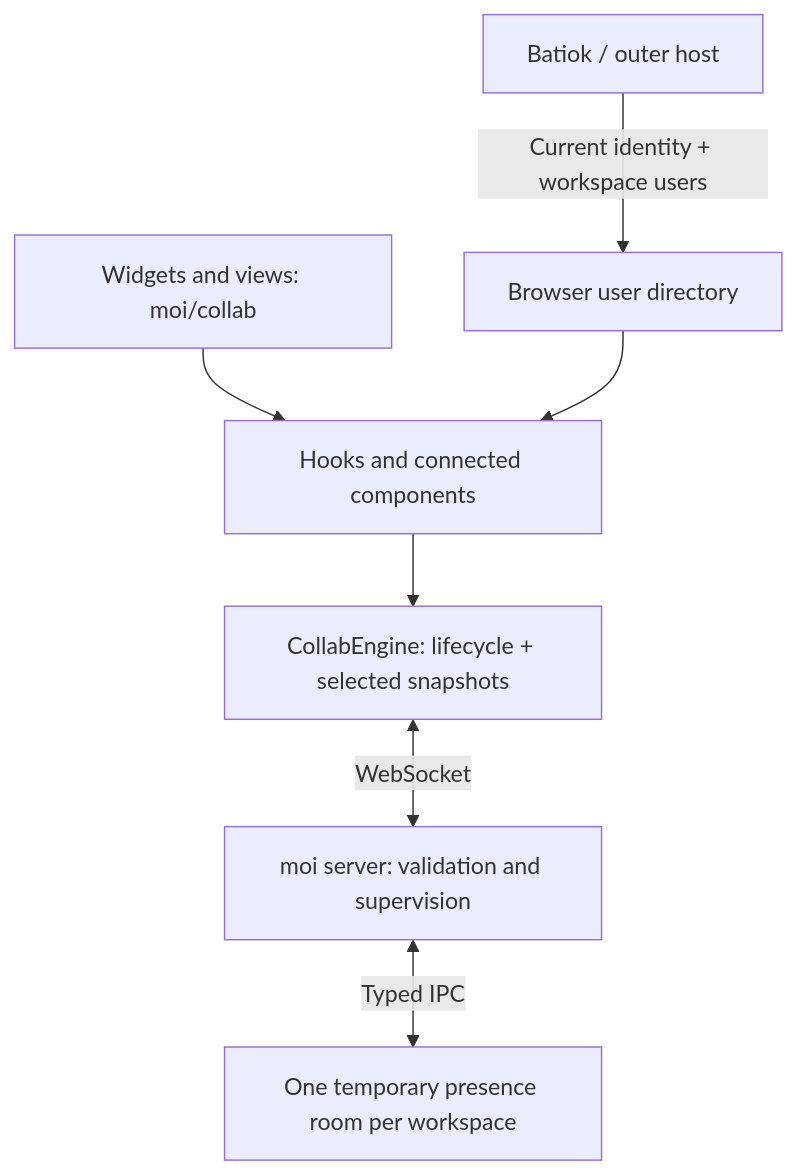
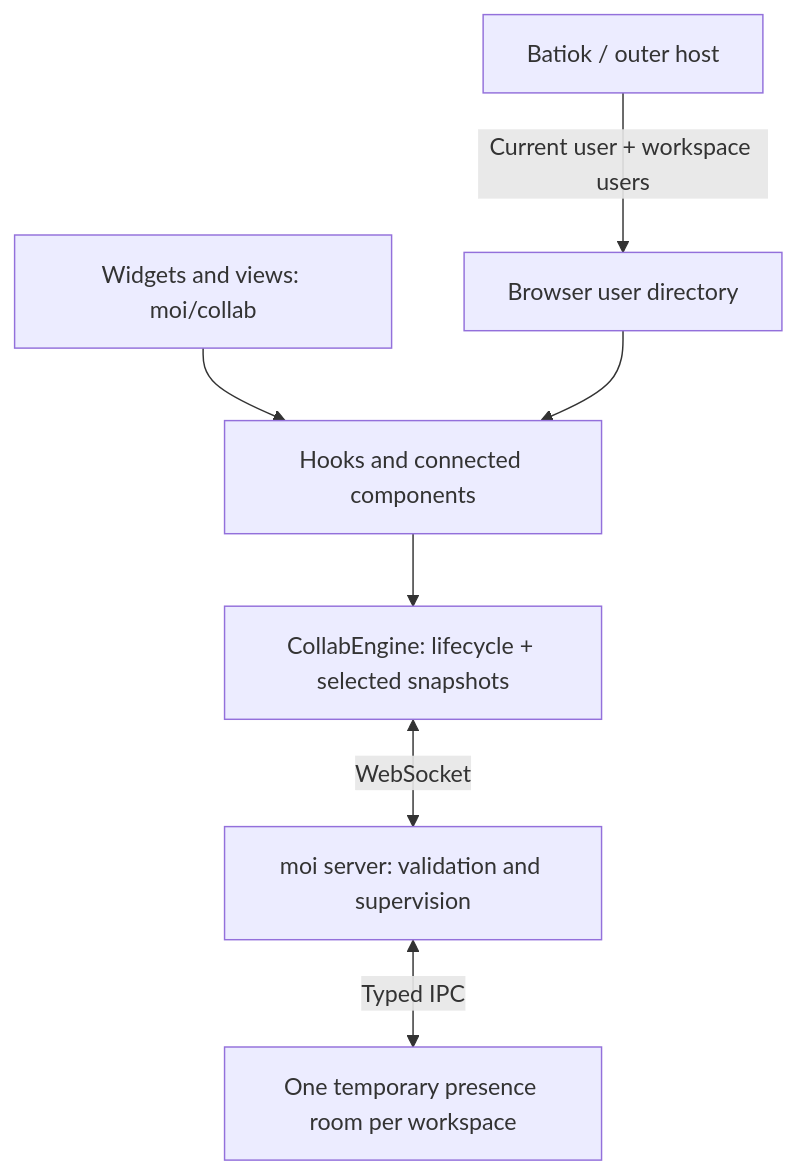
The diagram in docs/rfc-collab.md (molefrog/moi), drawn with Mermaid before and after one commit. The commit also changed other lines of this file and 83 other files, not shown here.

````diff
--- a/docs/rfc-collab.md
+++ b/docs/rfc-collab.md
@@ -15,9 +15,9 @@
 ```mermaid
 flowchart TB
-  Host["Batiok / outer host"] -->|"Current identity + workspace users"| Directory["Browser user directory"]
+  Host["Batiok / outer host"] -->|"Current user + workspace users"| Directory["Browser user directory"]
   Applets["Widgets and views: moi/collab"] --> Hooks["Hooks and connected components"]
   Directory --> Hooks
   Hooks --> Engine["CollabEngine: lifecycle + selected snapshots"]
   Engine <-->|WebSocket| Main["moi server: validation and supervision"]
   Main <-->|Typed IPC| Room["One temporary presence room per workspace"]
 ```
````
